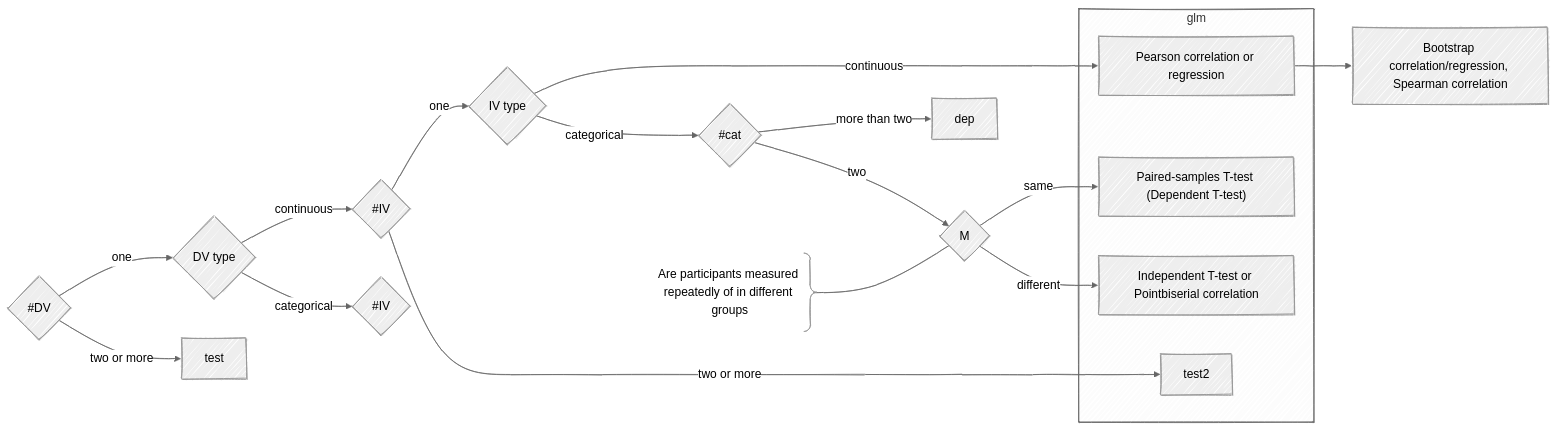
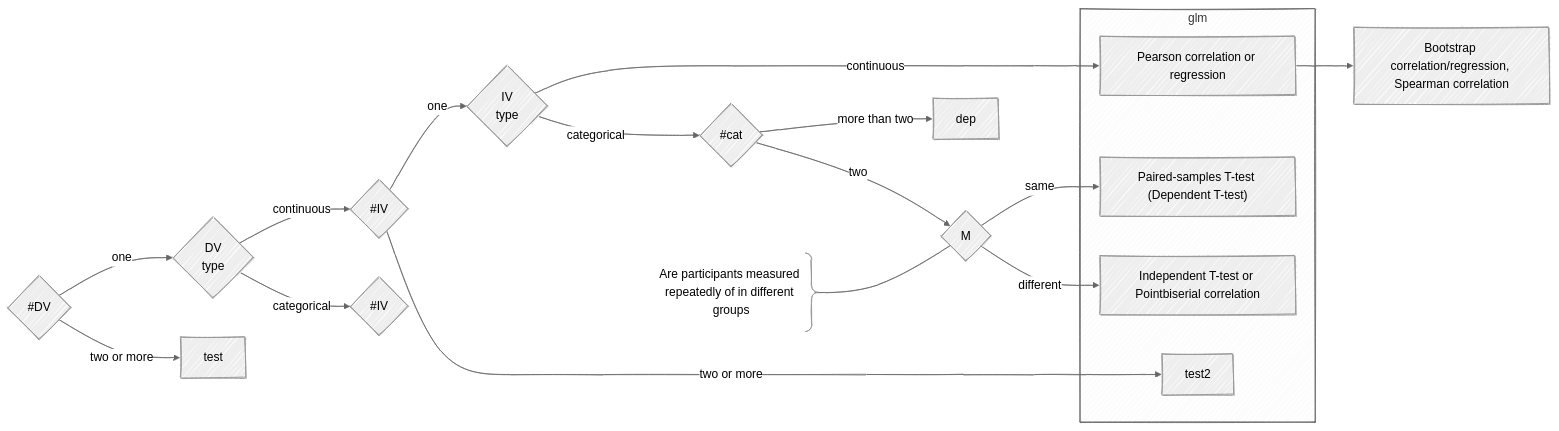
One commit to ShKlinkenberg/statistical-test-selection changed the diagram in test_selection_manual.mmd. Above: the diagram before and after it, drawn with Mermaid. The commit also changed 1 other file, not shown here.

```diff
--- a/test_selection_manual.mmd
+++ b/test_selection_manual.mmd
@@ -1,33 +1,33 @@
 ---
 config:
   look: handDrawn
   theme: neutral
 ---
 
 graph LR
 
-    nodv{#DV} -->|one| todv{DV type}
+    nodv{#DV} -->|one| todv{DV<br>type}
     click nodv callback "How many dependent variables (DVs) are in your data?"
     todv -->|continuous| nocontiv{#IV}
-    nocontiv -->|one| typeofcontiv{IV type}
+    nocontiv -->|one| typeofcontiv{IV<br>type}
     typeofcontiv -->|continuous| test1["Pearson correlation or regression"]
     test1 --> test1np["Bootstrap correlation/regression, Spearman correlation"]
     typeofcontiv -->|categorical| noivcat{#cat}
     noivcat -->|two| indep{M}
     A@{ shape: brace-r, label: "Are participants measured repeatedly of in different groups" } --- indep
     indep -->|same| test3["Paired-samples T-test (Dependent T-test)"]
     indep -->|different| test4["Independent T-test or Pointbiserial correlation"]
 
     noivcat -->|more than two| dep
     nocontiv -->|two or more| test2
 
     todv -->|categorical| nocativ{#IV}
 
     nodv -->|two or more| test
 
     subgraph glm
         test1
         test2
         test3
         test4
     end
```
